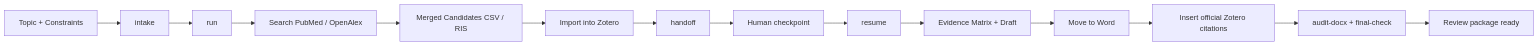
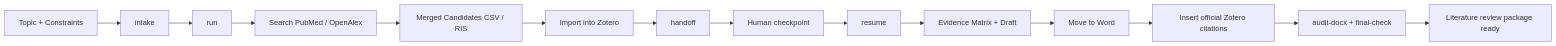
Before and after one commit to KobeBryant0127/zotero-codex-review-workflow: the diagram in README.md, drawn with Mermaid. The commit also changed other lines of this file and 2 other files, not shown here.

Commit message:
Clarify literature review positioning

````diff
--- a/README.md
+++ b/README.md
@@ -89,16 +89,16 @@
 ```mermaid
 flowchart LR
     A["Topic + Constraints"] --> B["intake"]
     B --> C["run"]
     C --> D["Search PubMed / OpenAlex"]
     D --> E["Merged Candidates CSV / RIS"]
     E --> F["Import into Zotero"]
     F --> G["handoff"]
     G --> H["Human checkpoint"]
     H --> I["resume"]
     I --> J["Evidence Matrix + Draft"]
     J --> K["Move to Word"]
     K --> L["Insert official Zotero citations"]
     L --> M["audit-docx + final-check"]
-    M --> N["Review package ready"]
+    M --> N["Literature review package ready"]
 ```
````
